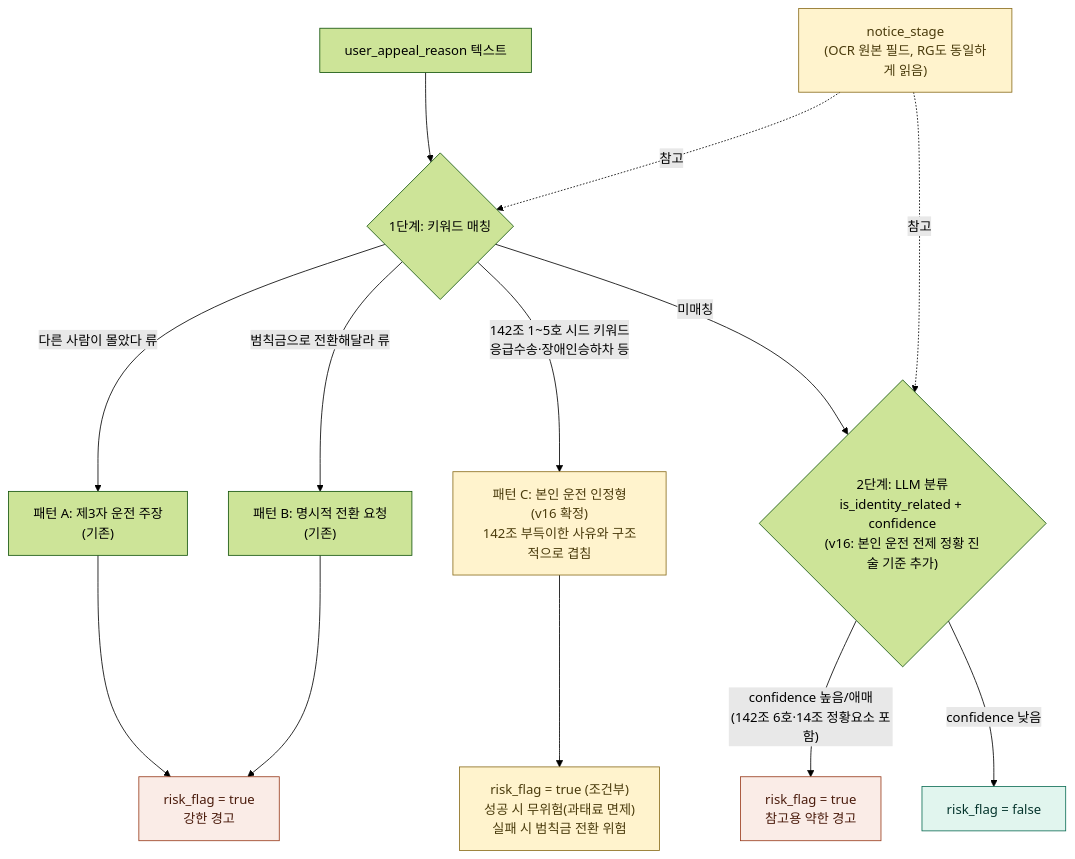
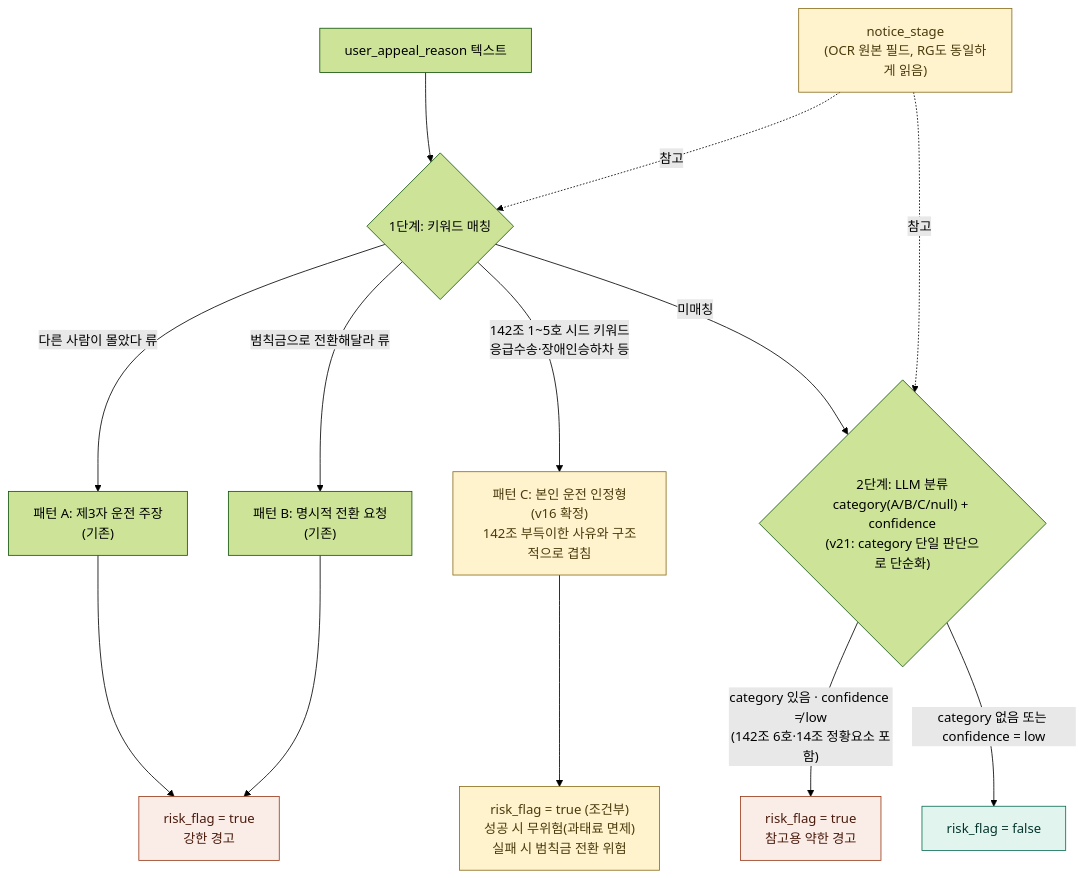
The second of 2 diagrams in 설계문서/이의가능성_판단_에이전트_설계정리.md (SKNETWORKS-FAMILY-AICAMP/SKN27-FINAL-3Team), drawn with Mermaid (forest theme) before and after one commit. The commit also changed other lines of this file and 10 other files, not shown here.

````diff
--- a/설계문서/이의가능성_판단_에이전트_설계정리.md
+++ b/설계문서/이의가능성_판단_에이전트_설계정리.md
@@ -194,26 +238,26 @@
 ```mermaid
 flowchart TD
     UR["user_appeal_reason 텍스트"] --> K1{"1단계: 키워드 매칭"}
     NS["notice_stage<br/>(OCR 원본 필드, RG도 동일하게 읽음)"] -. 참고 .-> K1
     NS -. 참고 .-> L2
 
     K1 -->|"다른 사람이 몰았다 류"| PA["패턴 A: 제3자 운전 주장<br/>(기존)"]
     K1 -->|"범칙금으로 전환해달라 류"| PB["패턴 B: 명시적 전환 요청<br/>(기존)"]
     K1 -->|"142조 1~5호 시드 키워드<br/>응급수송·장애인승하차 등"| PC["패턴 C: 본인 운전 인정형<br/>(v16 확정)<br/>142조 부득이한 사유와 구조적으로 겹침"]
-    K1 -->|"미매칭"| L2{"2단계: LLM 분류<br/>is_identity_related + confidence<br/>(v16: 본인 운전 전제 정황 진술 기준 추가)"}
+    K1 -->|"미매칭"| L2{"2단계: LLM 분류<br/>category(A/B/C/null) + confidence<br/>(v21: category 단일 판단으로 단순화)"}
 
     PA --> RISK_STRONG["risk_flag = true<br/>강한 경고"]
     PB --> RISK_STRONG
     PC --> RISK_STRUCT["risk_flag = true (조건부)<br/>성공 시 무위험(과태료 면제)<br/>실패 시 범칙금 전환 위험"]
 
-    L2 -->|"confidence 높음/애매<br/>(142조 6호·14조 정황요소 포함)"| RISK_WEAK["risk_flag = true<br/>참고용 약한 경고"]
-    L2 -->|"confidence 낮음"| SAFE["risk_flag = false"]
+    L2 -->|"category 있음 · confidence ≠ low<br/>(142조 6호·14조 정황요소 포함)"| RISK_WEAK["risk_flag = true<br/>참고용 약한 경고"]
+    L2 -->|"category 없음 또는 confidence = low"| SAFE["risk_flag = false"]
 
     classDef risk fill:#FAECE7,stroke:#993C1D,color:#4A1B0C;
     classDef safe fill:#E1F5EE,stroke:#0F6E56,color:#04342C;
     classDef new fill:#FFF3CD,stroke:#8A6D1D,color:#4A3B0C;
 
     class RISK_STRONG,RISK_WEAK risk;
     class SAFE safe;
     class PC,RISK_STRUCT,NS new;
 ```
````
